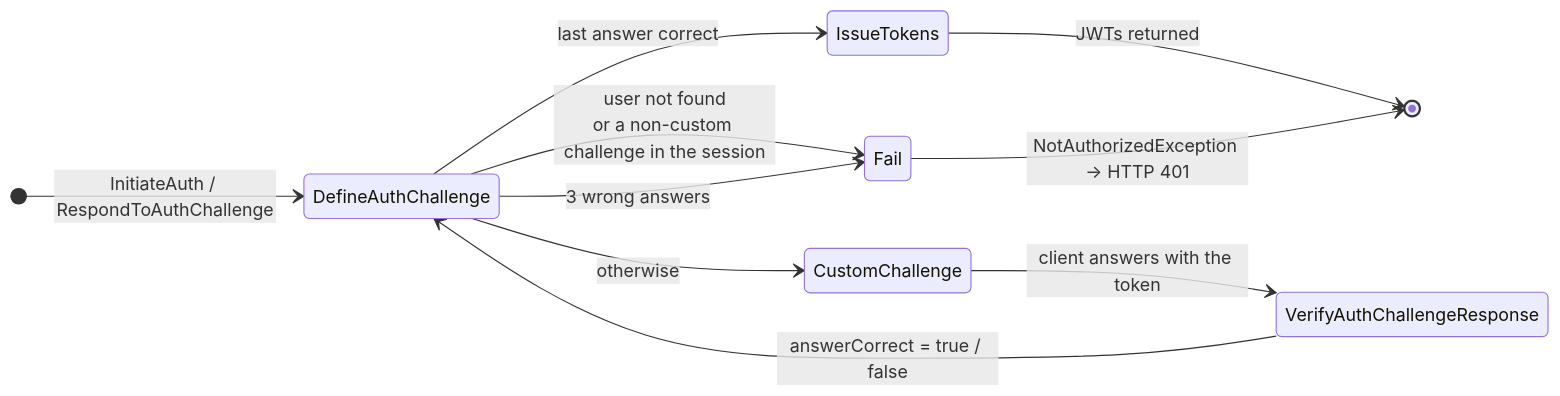
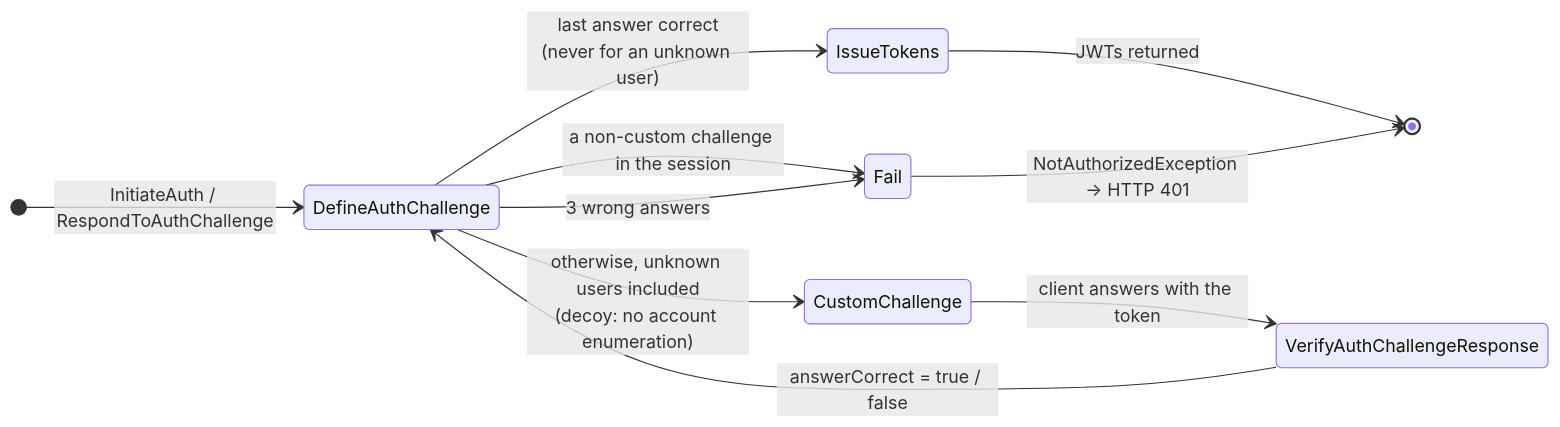
One commit to luizcurti/magic-links-with-amazon-cognito changed the diagram in docs/mmd/define-auth-challenge.mmd. Above: the diagram before and after it, drawn with Mermaid. The commit also changed 61 other files, not shown here.

```diff
--- a/docs/mmd/define-auth-challenge.mmd
+++ b/docs/mmd/define-auth-challenge.mmd
@@ -1,16 +1,16 @@
 stateDiagram-v2
     direction LR
     [*] --> Evaluate: InitiateAuth / RespondToAuthChallenge
 
     state "DefineAuthChallenge" as Evaluate
     state "VerifyAuthChallengeResponse" as Verify
-    Evaluate --> Fail: user not found<br/>or a non-custom challenge in the session
-    Evaluate --> IssueTokens: last answer correct
+    Evaluate --> Fail: a non-custom challenge in the session
+    Evaluate --> IssueTokens: last answer correct<br/>(never for an unknown user)
     Evaluate --> Fail: 3 wrong answers
-    Evaluate --> CustomChallenge: otherwise
+    Evaluate --> CustomChallenge: otherwise, unknown users included<br/>(decoy: no account enumeration)
 
     CustomChallenge --> Verify: client answers with the token
     Verify --> Evaluate: answerCorrect = true / false
 
     IssueTokens --> [*]: JWTs returned
     Fail --> [*]: NotAuthorizedException → HTTP 401
```
